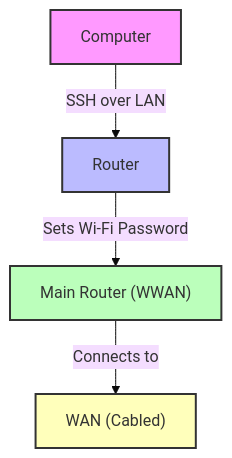
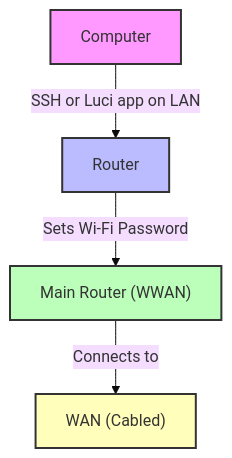
One commit to fdsig/openwrst-rp changed the diagram in readme.md. Above: the diagram before and after it, drawn with Mermaid (base theme). The commit also changed other lines of this file and 2 other files, not shown here.

Commit message:
adding ideas and correntctin comment numbers

````diff
--- a/readme.md
+++ b/readme.md
@@ -35,11 +35,12 @@
 ```mermaid
 graph TD
-    Computer["Computer"] -->|SSH over LAN| Router["Router"]
+    Computer["Computer"] -->|SSH or Luci app on LAN| Router["Router"]
     Router -->|Sets Wi-Fi Password| MainRouter["Main Router (WWAN)"]
     MainRouter -->|Connects to| WAN["WAN (Cabled)"]
+
 
     style Computer fill:#f9f,stroke:#333,stroke-width:2px
     style Router fill:#bbf,stroke:#333,stroke-width:2px
     style MainRouter fill:#bfb,stroke:#333,stroke-width:2px
     style WAN fill:#ffb,stroke:#333,stroke-width:2px
 ```
````
